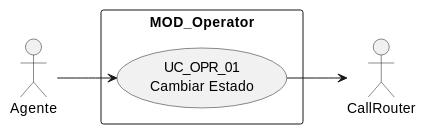
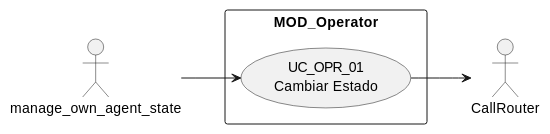
The first of 4 diagrams in source/requisitos/casos-uso/operator/uc-opr-01/diagramas-uml.rst (jcg-admin/IACT-docs), drawn with PlantUML before and after one commit. The commit also changed other lines of this file and 77 other files, not shown here.

First line of the commit message:
Enforce RBAC function names as actors in all UML diagrams

```diff
--- a/source/requisitos/casos-uso/operator/uc-opr-01/diagramas-uml.rst
+++ b/source/requisitos/casos-uso/operator/uc-opr-01/diagramas-uml.rst
@@ -10,12 +10,12 @@
 .. uml::
 
  @startuml
  left to right direction
- actor "Agente" as A
+ actor "manage_own_agent_state" as A
  actor "CallRouter" as CR
  rectangle "MOD_Operator" {
    usecase "UC_OPR_01\nCambiar Estado" as UC01
  }
  A --> UC01
  UC01 --> CR
  @enduml
```
